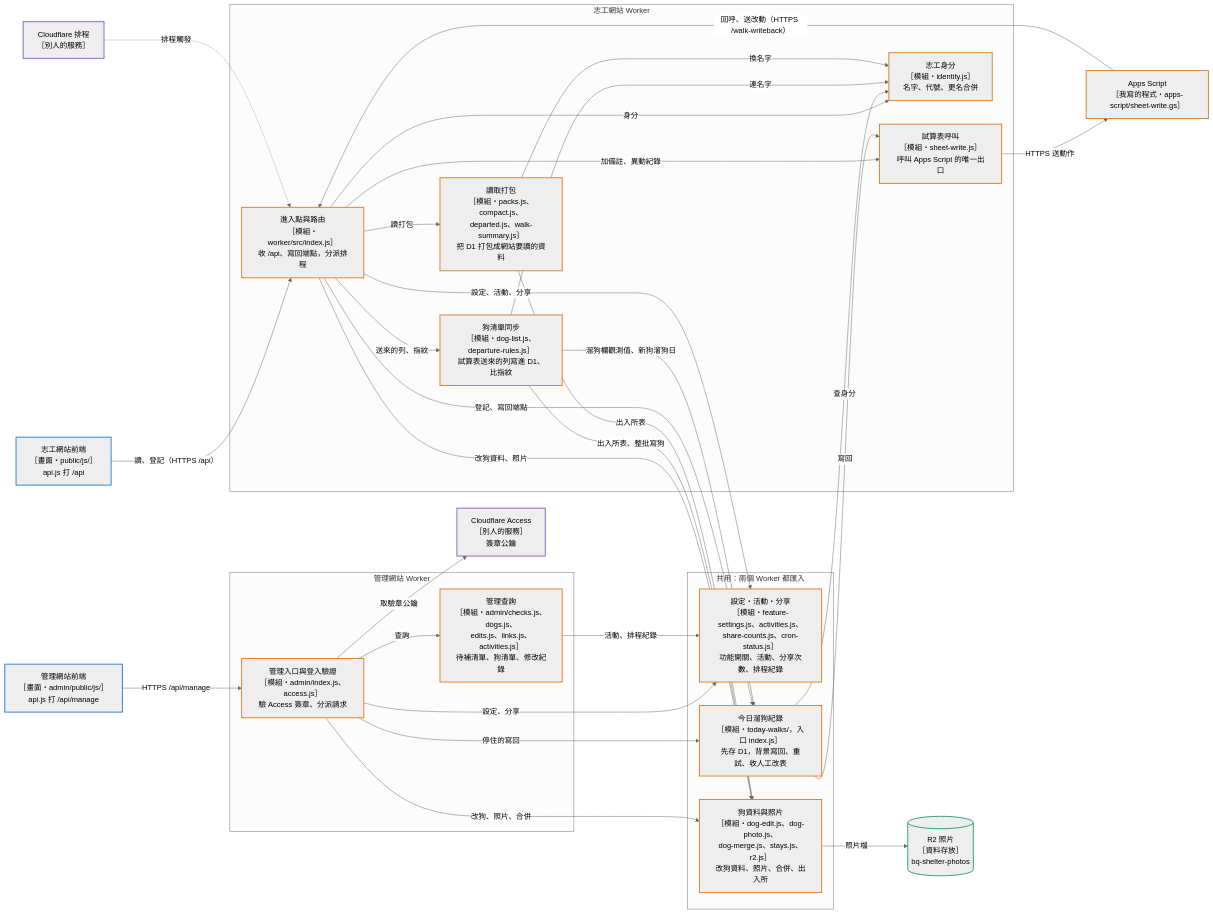
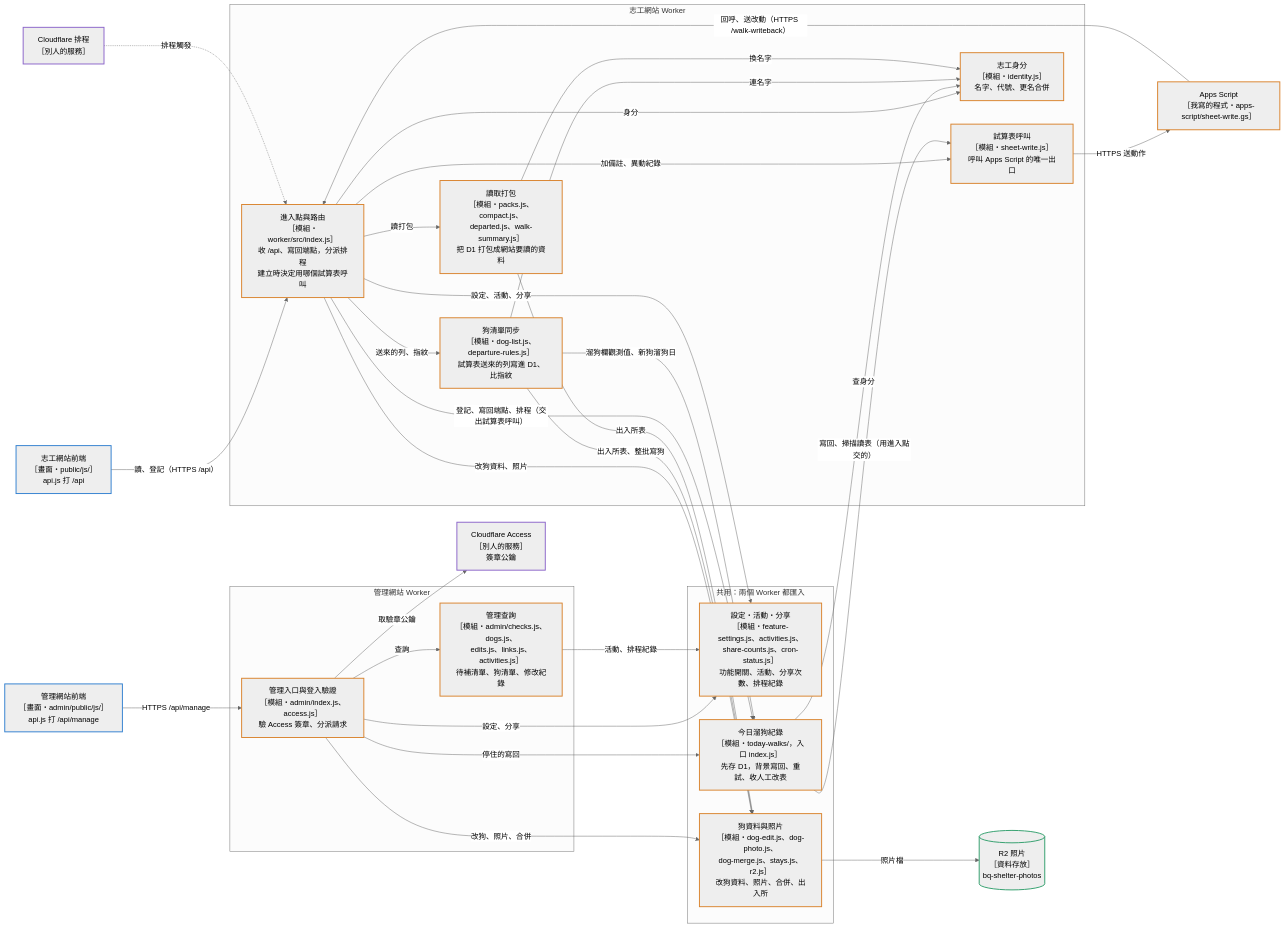
The fifth of 7 diagrams in docs/ARCHITECTURE.md (jiatsenK/bq-shelter-dogs), drawn with Mermaid (neutral theme) before and after one commit. The commit also changed other lines of this file and 1 other file, not shown here.

First line of the commit message:
架構圖：試算表呼叫改成建立 Worker 時交進去，補測試 fixture 依據（#748）

````diff
--- a/docs/ARCHITECTURE.md
+++ b/docs/ARCHITECTURE.md
@@ -263,62 +263,62 @@
 ```mermaid
 flowchart LR
   vfront["志工網站前端<br/>［畫面・public/js/］<br/>api.js 打 /api"]
   cron["Cloudflare 排程<br/>［別人的服務］"]
   gas["Apps Script<br/>［我寫的程式・apps-script/sheet-write.gs］"]
   afront["管理網站前端<br/>［畫面・admin/public/js/］<br/>api.js 打 /api/manage"]
   access["Cloudflare Access<br/>［別人的服務］<br/>簽章公鑰"]
   r2[("R2 照片<br/>［資料存放］<br/>bq-shelter-photos")]
   subgraph SHARED["共用：兩個 Worker 都匯入"]
     settings["設定・活動・分享<br/>［模組・feature-settings.js、activities.js、<br/>share-counts.js、cron-status.js］<br/>功能開關、活動、分享次數、排程紀錄"]
     dogdata["狗資料與照片<br/>［模組・dog-edit.js、dog-photo.js、<br/>dog-merge.js、stays.js、r2.js］<br/>改狗資料、照片、合併、出入所"]
     walk["今日溜狗紀錄<br/>［模組・today-walks/，入口 index.js］<br/>先存 D1，背景寫回、重試、收人工改表"]
   end
   subgraph VW["志工網站 Worker"]
-    entry["進入點與路由<br/>［模組・worker/src/index.js］<br/>收 /api、寫回端點，分派排程"]
+    entry["進入點與路由<br/>［模組・worker/src/index.js］<br/>收 /api、寫回端點，分派排程<br/>建立時決定用哪個試算表呼叫"]
     doglist["狗清單同步<br/>［模組・dog-list.js、departure-rules.js］<br/>試算表送來的列寫進 D1、比指紋"]
     packs["讀取打包<br/>［模組・packs.js、compact.js、<br/>departed.js、walk-summary.js］<br/>把 D1 打包成網站要讀的資料"]
     sheetcall["試算表呼叫<br/>［模組・sheet-write.js］<br/>呼叫 Apps Script 的唯一出口"]
     identity["志工身分<br/>［模組・identity.js］<br/>名字、代號、更名合併"]
   end
   subgraph AW["管理網站 Worker"]
     aentry["管理入口與登入驗證<br/>［模組・admin/index.js、access.js］<br/>驗 Access 簽章、分派請求"]
     aquery["管理查詢<br/>［模組・admin/checks.js、dogs.js、<br/>edits.js、links.js、activities.js］<br/>待補清單、狗清單、修改紀錄"]
   end
 
   vfront -->|讀、登記（HTTPS /api）| entry
   cron -.->|排程觸發| entry
   gas -->|回呼、送改動（HTTPS /walk-writeback）| entry
   afront -->|HTTPS /api/manage| aentry
-  entry -->|登記、寫回端點| walk
+  entry -->|登記、寫回端點、排程（交出試算表呼叫）| walk
   entry -->|送來的列、指紋| doglist
   entry -->|讀打包| packs
   entry -->|加備註、異動紀錄| sheetcall
   entry -->|身分| identity
   entry -->|設定、活動、分享| settings
   entry -->|改狗資料、照片| dogdata
   doglist -->|溜狗欄觀測值、新狗溜狗日| walk
-  walk -->|寫回| sheetcall
+  walk -->|寫回、掃描讀表（用進入點交的）| sheetcall
   walk -->|查身分| identity
   doglist -->|連名字| identity
   doglist -->|出入所表、整批寫狗| dogdata
   packs -->|換名字| identity
   packs -->|出入所表| dogdata
   sheetcall -->|HTTPS 送動作| gas
   dogdata -->|照片檔| r2
   aentry -->|查詢| aquery
   aentry -->|取驗章公鑰| access
   aentry -->|設定、分享| settings
   aentry -->|改狗、照片、合併| dogdata
   aentry -->|停住的寫回| walk
   aquery -->|活動、排程紀錄| settings
 
   class vfront,afront ui
   class entry,walk,doglist,packs,sheetcall,identity,aentry,aquery,settings,dogdata,gas code
   class r2 data
   class cron,access ext
   classDef person stroke:#5b6b78,stroke-width:2px
   classDef ui stroke:#2f7fd0,stroke-width:2px
   classDef code stroke:#d9822b,stroke-width:2px
   classDef data stroke:#2e9d6a,stroke-width:2px
   classDef ext stroke:#8a63c9,stroke-width:2px
 ```
````
